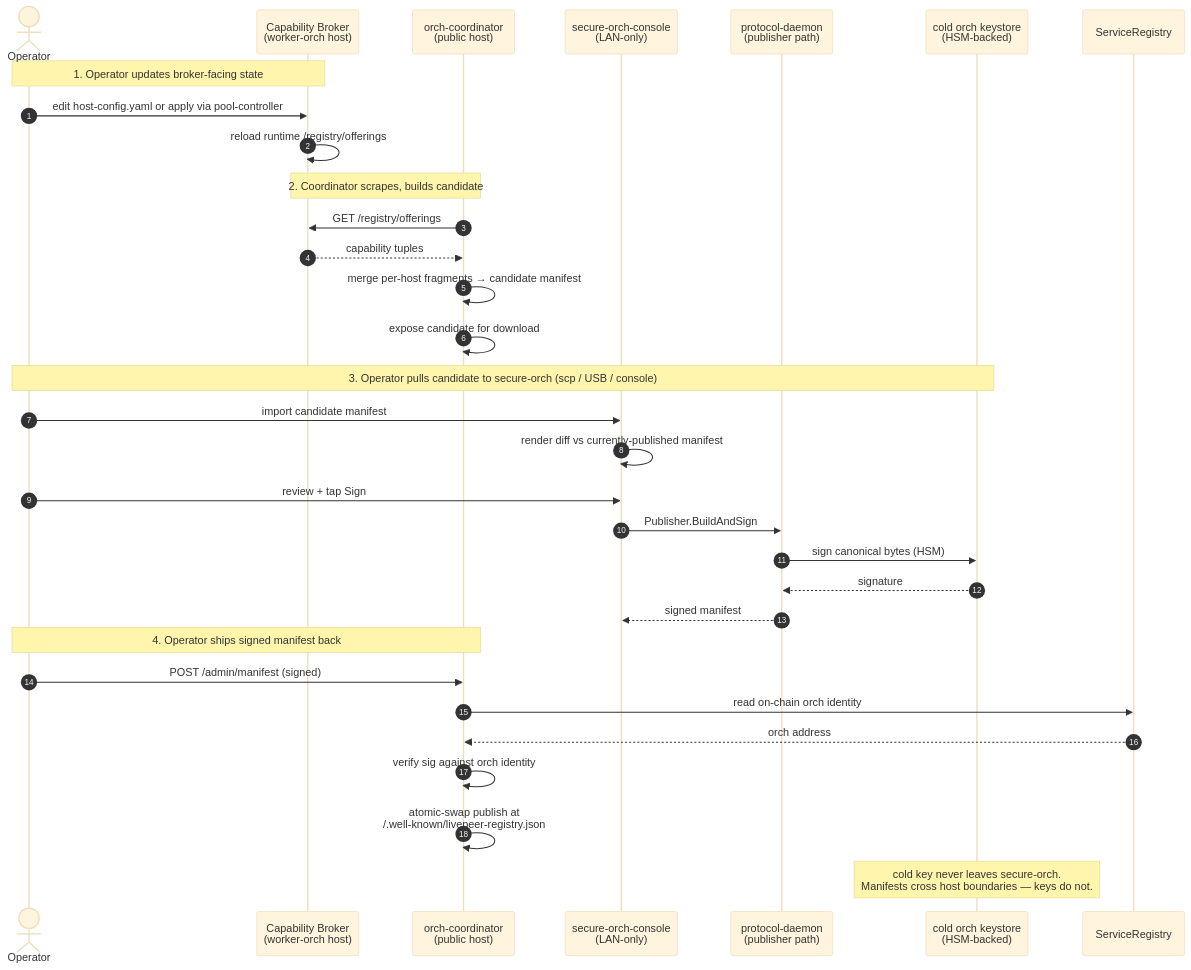
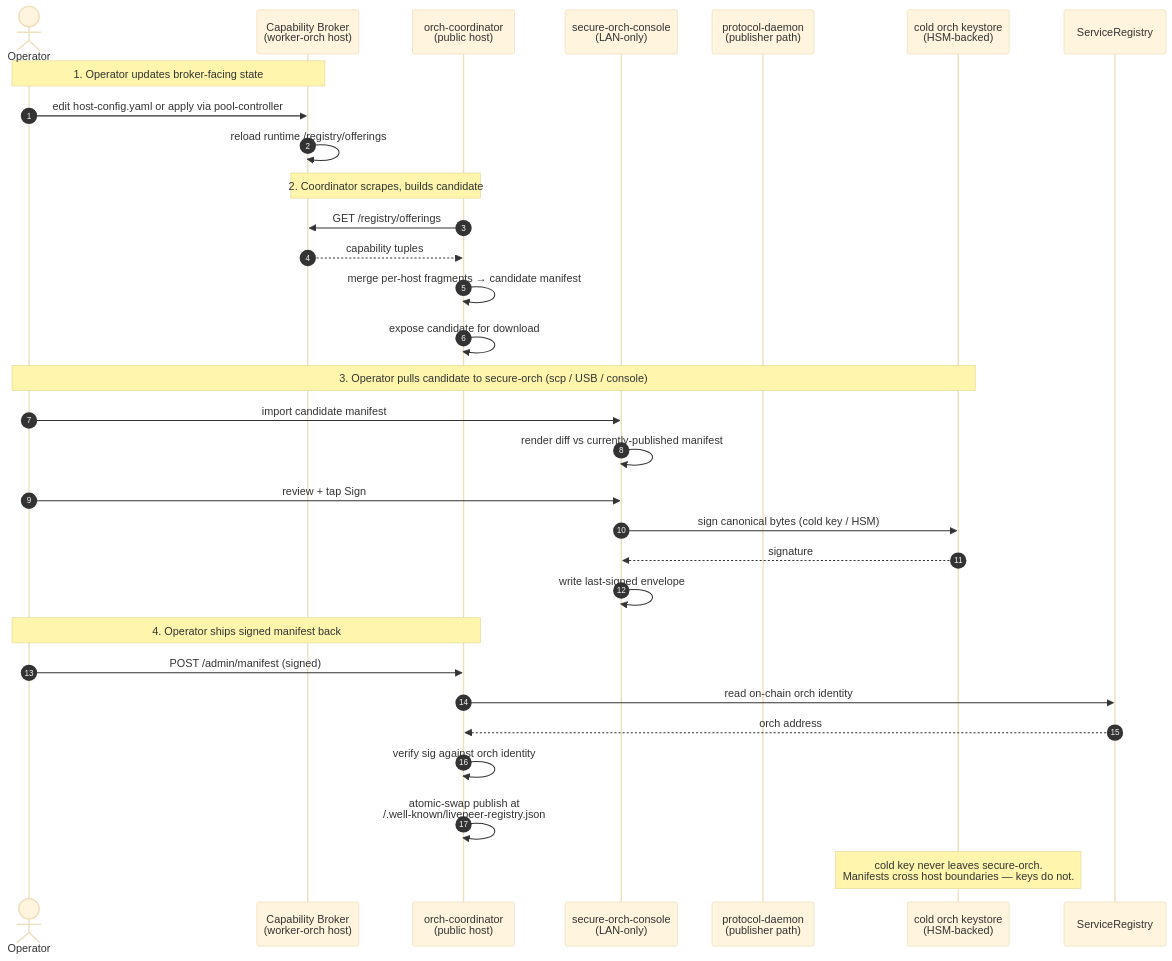
Before and after one commit to Cloud-SPE/livepeer-network-modules: the fifth of 9 diagrams in docs/design-docs/architecture-overview.md, drawn with Mermaid (base theme). The commit also changed 18 other files, not shown here.

````diff
--- a/docs/design-docs/architecture-overview.md
+++ b/docs/design-docs/architecture-overview.md
@@ -682,39 +682,38 @@
 ```mermaid
 sequenceDiagram
     autonumber
     actor Op as Operator
     participant Broker as Capability Broker<br/>(worker-orch host)
     participant Coord as orch-coordinator<br/>(public host)
     participant SOC as secure-orch-console<br/>(LAN-only)
     participant PRD as protocol-daemon<br/>(publisher path)
     participant Cold as cold orch keystore<br/>(HSM-backed)
     participant Chain as ServiceRegistry
 
     Note over Op,Broker: 1. Operator updates broker-facing state
     Op->>Broker: edit host-config.yaml or apply via pool-controller
     Broker->>Broker: reload runtime /registry/offerings
 
     Note over Coord,Broker: 2. Coordinator scrapes, builds candidate
     Coord->>Broker: GET /registry/offerings
     Broker-->>Coord: capability tuples
     Coord->>Coord: merge per-host fragments → candidate manifest
     Coord->>Coord: expose candidate for download
 
     Note over Op,Cold: 3. Operator pulls candidate to secure-orch (scp / USB / console)
     Op->>SOC: import candidate manifest
     SOC->>SOC: render diff vs currently-published manifest
     Op->>SOC: review + tap Sign
-    SOC->>PRD: Publisher.BuildAndSign
-    PRD->>Cold: sign canonical bytes (HSM)
-    Cold-->>PRD: signature
-    PRD-->>SOC: signed manifest
+    SOC->>Cold: sign canonical bytes (cold key / HSM)
+    Cold-->>SOC: signature
+    SOC->>SOC: write last-signed envelope
 
     Note over Op,Coord: 4. Operator ships signed manifest back
     Op->>Coord: POST /admin/manifest (signed)
     Coord->>Chain: read on-chain orch identity
     Chain-->>Coord: orch address
     Coord->>Coord: verify sig against orch identity
     Coord->>Coord: atomic-swap publish at<br/>/.well-known/livepeer-registry.json
 
     Note over Cold: cold key never leaves secure-orch.<br/>Manifests cross host boundaries — keys do not.
 ```
````
